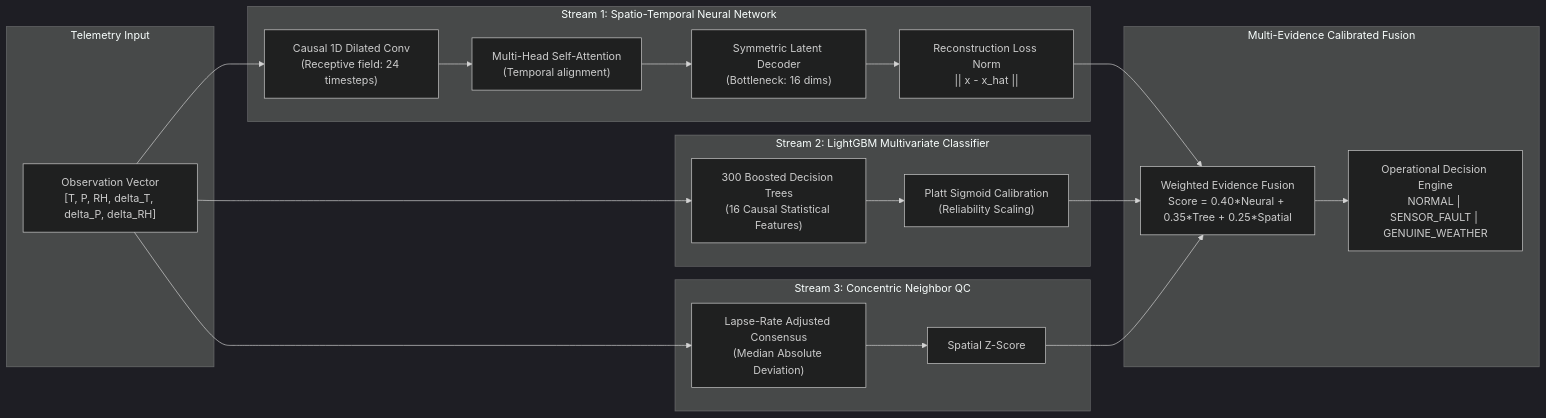
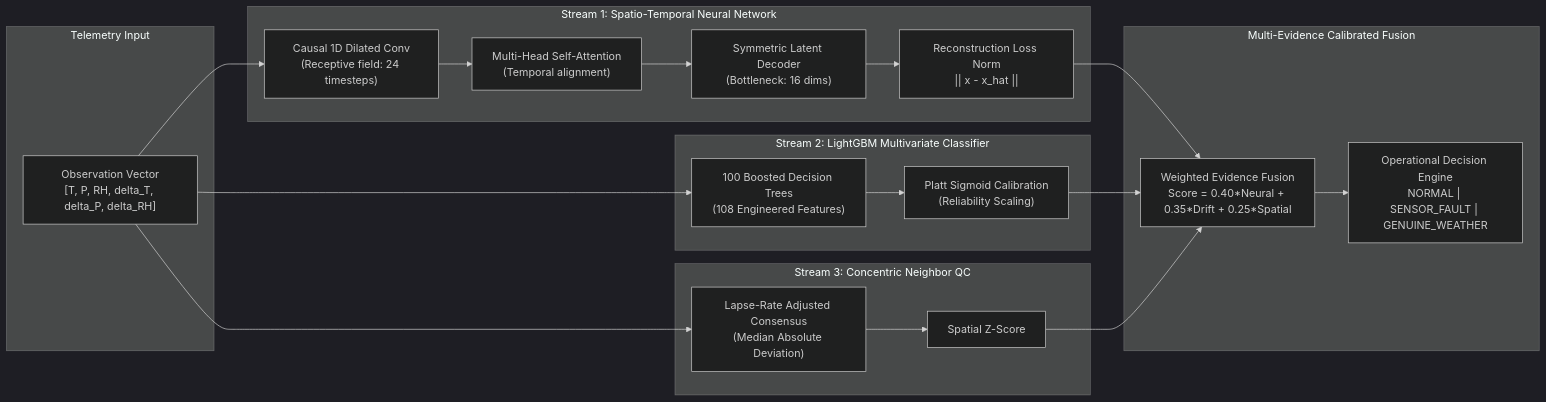
Before and after one commit to CodeWithDeepanshuk/skyguard-ai: the third of 4 diagrams in SKYGUARD_AI_SIH26073_EXPLANATION.md, drawn with Mermaid (dark theme). The commit also changed other lines of this file and 122 other files, not shown here.

````diff
--- a/SKYGUARD_AI_SIH26073_EXPLANATION.md
+++ b/SKYGUARD_AI_SIH26073_EXPLANATION.md
@@ -283,39 +278,39 @@
 ```mermaid
 graph LR
     subgraph Raw_Telemetry ["Telemetry Input"]
         X["Observation Vector<br/>[T, P, RH, delta_T, delta_P, delta_RH]"]
     end
 
     subgraph Deep_Neural_Stream ["Stream 1: Spatio-Temporal Neural Network"]
         TCN["Causal 1D Dilated Conv<br/>(Receptive field: 24 timesteps)"]
         ATTN["Multi-Head Self-Attention<br/>(Temporal alignment)"]
         DEC["Symmetric Latent Decoder<br/>(Bottleneck: 16 dims)"]
         LOSS["Reconstruction Loss Norm<br/>|| x - x_hat ||"]
         TCN --> ATTN --> DEC --> LOSS
     end
 
     subgraph GBDT_Stream ["Stream 2: LightGBM Multivariate Classifier"]
-        TREES["300 Boosted Decision Trees<br/>(16 Causal Statistical Features)"]
+        TREES["100 Boosted Decision Trees<br/>(108 Engineered Features)"]
         CALIB["Platt Sigmoid Calibration<br/>(Reliability Scaling)"]
         TREES --> CALIB
     end
 
     subgraph Spatial_Stream ["Stream 3: Concentric Neighbor QC"]
         MAD["Lapse-Rate Adjusted Consensus<br/>(Median Absolute Deviation)"]
         Z["Spatial Z-Score"]
         MAD --> Z
     end
 
     subgraph Fusion_Layer ["Multi-Evidence Calibrated Fusion"]
-        FUSE["Weighted Evidence Fusion<br/>Score = 0.40*Neural + 0.35*Tree + 0.25*Spatial"]
+        FUSE["Weighted Evidence Fusion<br/>Score = 0.40*Neural + 0.35*Drift + 0.25*Spatial"]
         DECISION["Operational Decision Engine<br/>NORMAL | SENSOR_FAULT | GENUINE_WEATHER"]
     end
 
     X --> TCN
     X --> TREES
     X --> MAD
     LOSS --> FUSE
     CALIB --> FUSE
     Z --> FUSE
     FUSE --> DECISION
 ```
````
